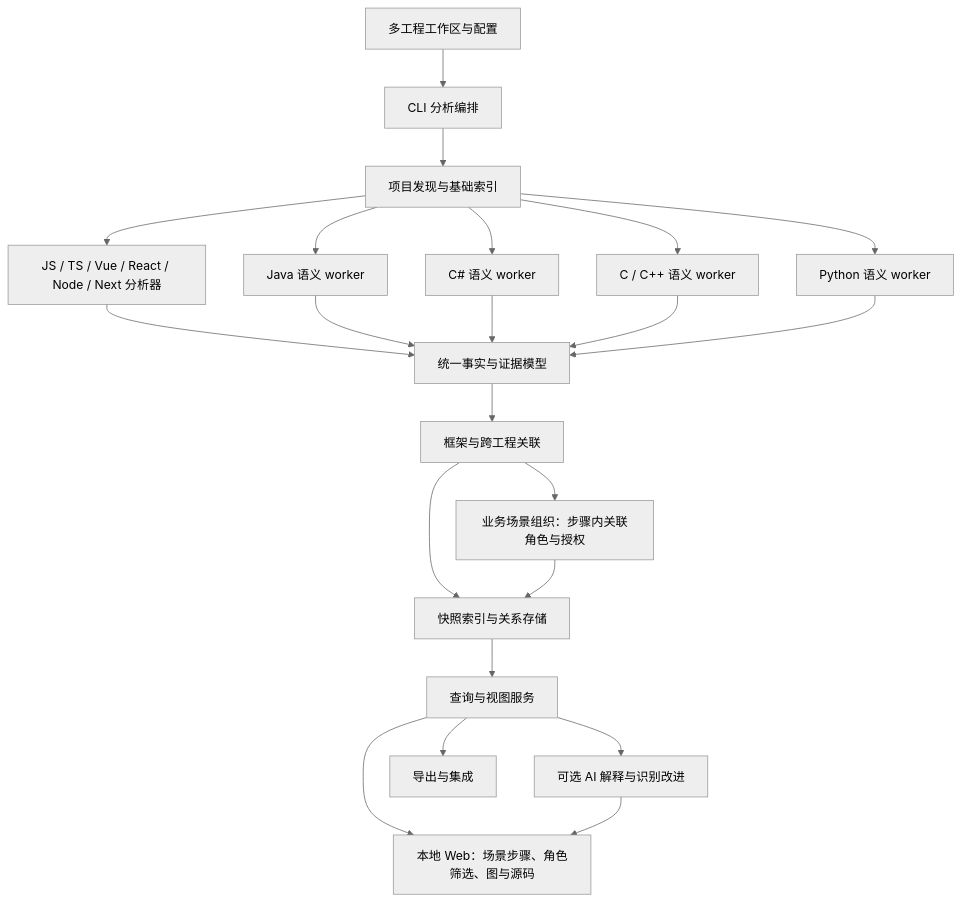
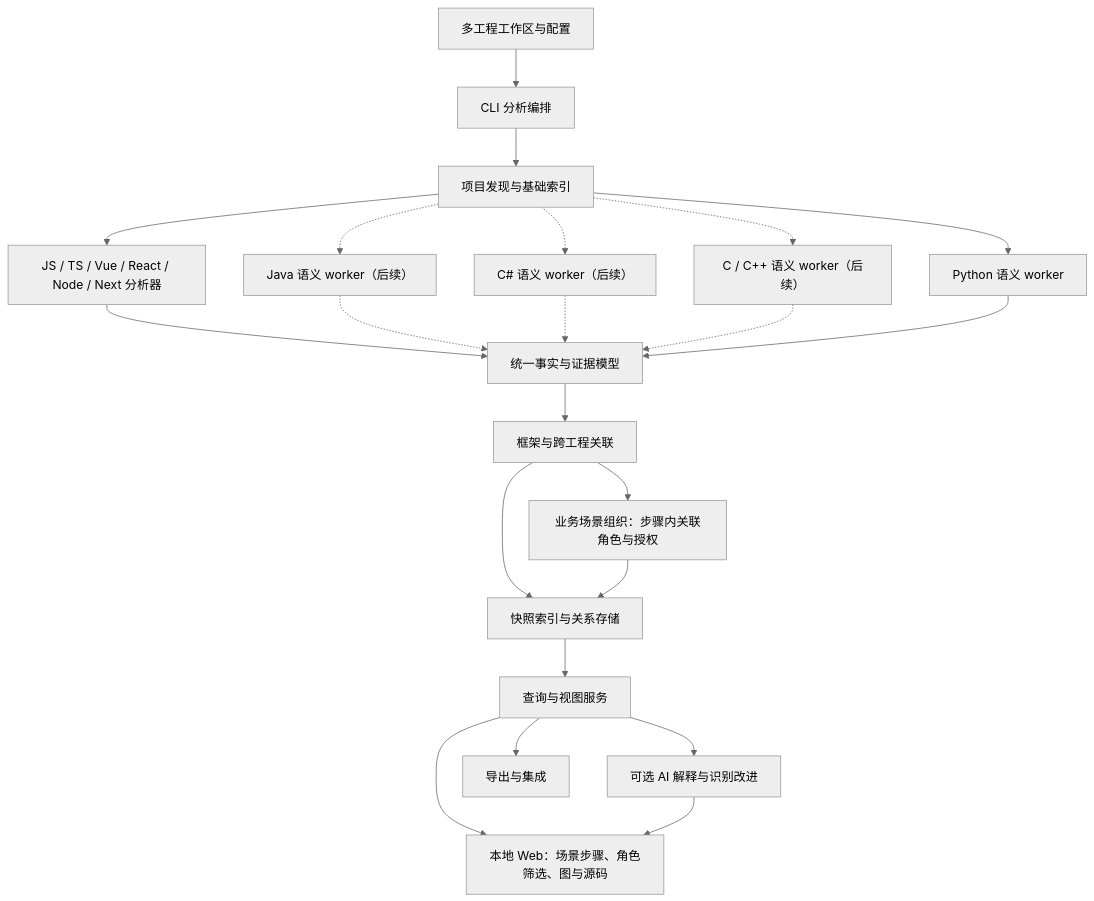
The first of 3 diagrams in docs/CodeCartia-设计方案.md (xjq11029/CodeCartia), drawn with Mermaid (neutral theme) before and after one commit. The commit also changed other lines of this file and 189 other files, not shown here.

````diff
--- a/docs/CodeCartia-设计方案.md
+++ b/docs/CodeCartia-设计方案.md
@@ -127,24 +129,24 @@
 ```mermaid
 flowchart TD
   W["多工程工作区与配置"] --> O["CLI 分析编排"]
   O --> I["项目发现与基础索引"]
   I --> T["JS / TS / Vue / React / Node / Next 分析器"]
-  I --> J["Java 语义 worker"]
-  I --> R["C# 语义 worker"]
-  I --> C["C / C++ 语义 worker"]
+  I -.-> J["Java 语义 worker（后续）"]
+  I -.-> R["C# 语义 worker（后续）"]
+  I -.-> C["C / C++ 语义 worker（后续）"]
   I --> P["Python 语义 worker"]
   T --> F["统一事实与证据模型"]
-  J --> F
-  R --> F
-  C --> F
+  J -.-> F
+  R -.-> F
+  C -.-> F
   P --> F
   F --> A["框架与跨工程关联"]
   A --> G["快照索引与关系存储"]
   A --> B["业务场景组织：步骤内关联角色与授权"]
   B --> G
   G --> Q["查询与视图服务"]
   Q --> U["本地 Web：场景步骤、角色筛选、图与源码"]
   Q --> E["可选 AI 解释与识别改进"]
   E --> U
   Q --> X["导出与集成"]
 ```
````
